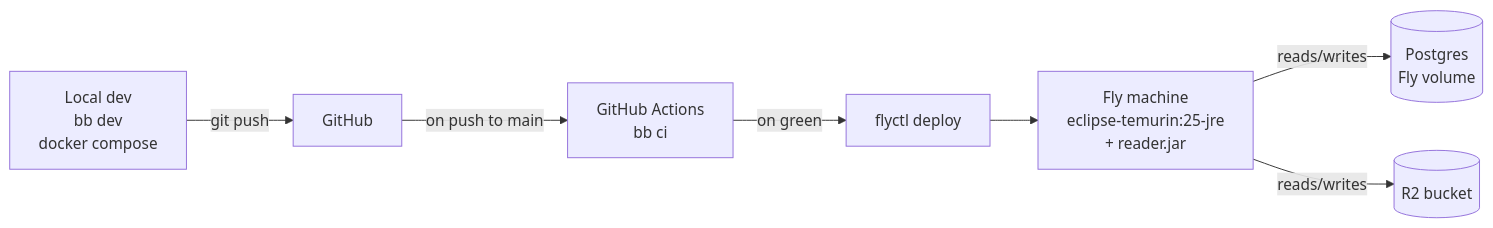
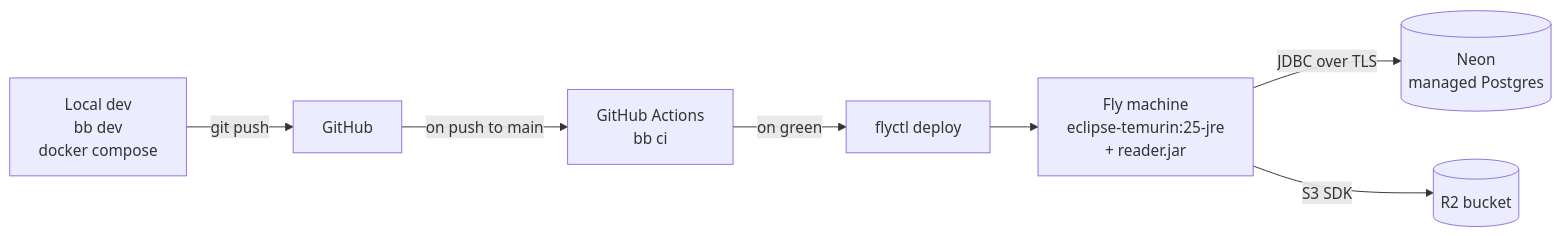
One commit to kirahowe/reader changed the fourth of 4 diagrams in docs/architecture.md. Above: the diagram before and after it, drawn with Mermaid. The commit also changed other lines of this file and 46 other files, not shown here.

````diff
--- a/docs/architecture.md
+++ b/docs/architecture.md
@@ -173,9 +165,9 @@
 ```mermaid
 flowchart LR
   dev["Local dev<br/>bb dev<br/>docker compose"] -->|git push| gh["GitHub"]
   gh -->|on push to main| ga["GitHub Actions<br/>bb ci"]
   ga -->|on green| fly["flyctl deploy"]
   fly --> machine["Fly machine<br/>eclipse-temurin:25-jre<br/>+ reader.jar"]
-  machine -->|reads/writes| pgvol[("Postgres<br/>Fly volume")]
-  machine -->|reads/writes| r2[("R2 bucket")]
+  machine -->|JDBC over TLS| neon[("Neon<br/>managed Postgres")]
+  machine -->|S3 SDK| r2[("R2 bucket")]
 ```
````
